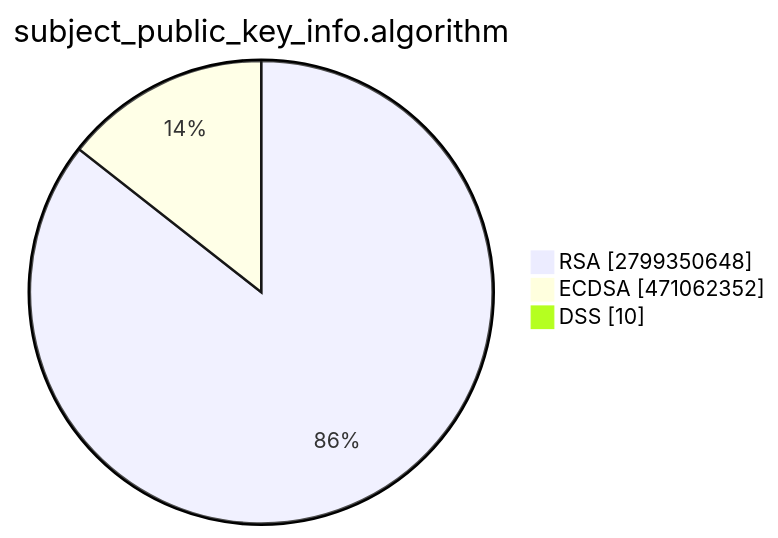
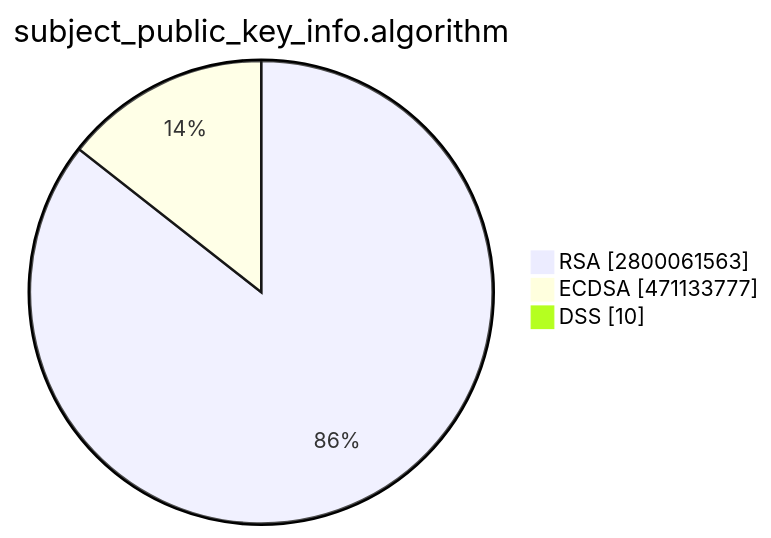
The second of 15 diagrams in TOTAL/README.md (christiankrug/ctmonitor_visualization), drawn with Mermaid before and after one commit. The commit also changed other lines of this file, not shown here.

````diff
--- a/TOTAL/README.md
+++ b/TOTAL/README.md
@@ -6,7 +6,7 @@
 ```mermaid
 pie showData
 title subject_public_key_info.algorithm
-"RSA" :2799350648
-"ECDSA" :471062352
+"RSA" :2800061563
+"ECDSA" :471133777
 "DSS" :10
 ```
````
